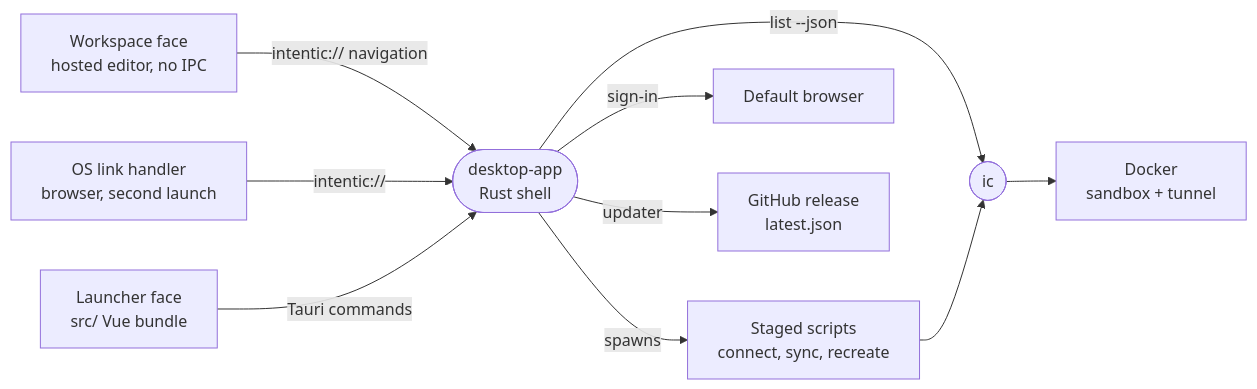
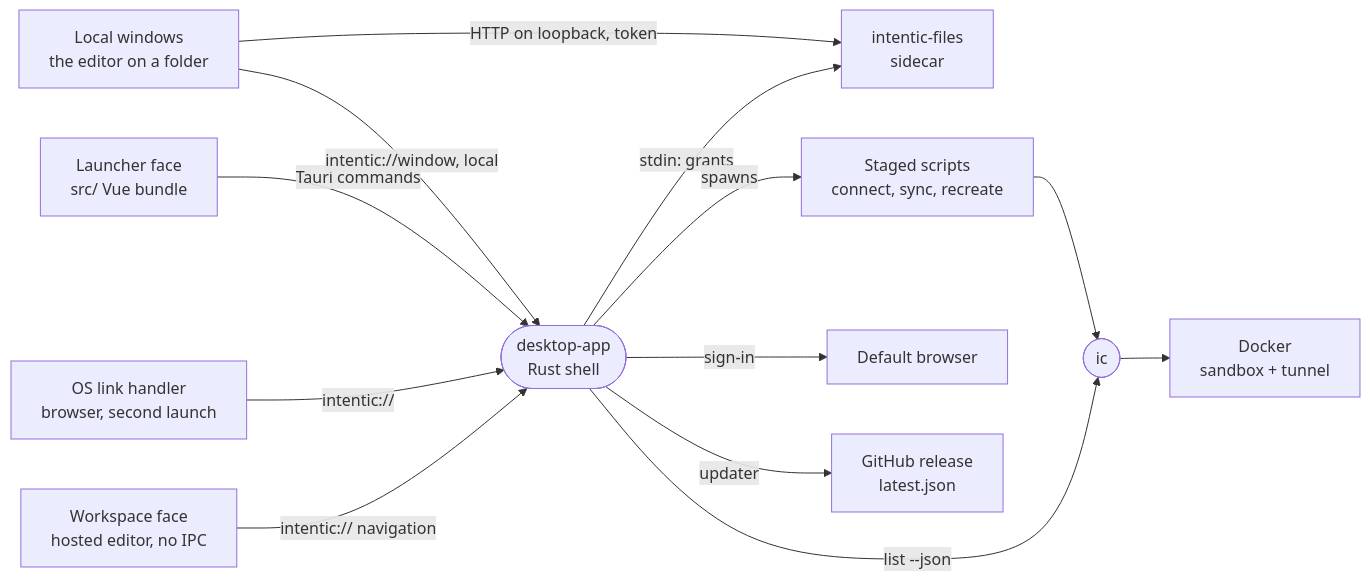
The diagram in _editor/desktop-app/README.md (intentic/intentic), drawn with Mermaid before and after one commit. The commit also changed other lines of this file and 169 other files, not shown here.

First line of the commit message:
feat(desktop): add LocalHome and intentic-files sidecar with projectDir sync

````diff
--- a/_editor/desktop-app/README.md
+++ b/_editor/desktop-app/README.md
@@ -5,12 +5,15 @@
 ```mermaid
 flowchart LR
     spa["Workspace face<br/>hosted editor, no IPC"] -->|"intentic:// navigation"| app(["desktop-app<br/>Rust shell"])
     os["OS link handler<br/>browser, second launch"] -->|"intentic://"| app
     launcher["Launcher face<br/>src/ Vue bundle"] -->|"Tauri commands"| app
+    local["Local windows<br/>the editor on a folder"] -->|"intentic://window, local"| app
+    app -->|"stdin: grants"| files["intentic-files<br/>sidecar"]
+    local -->|"HTTP on loopback, token"| files
     app -->|"spawns"| scripts["Staged scripts<br/>connect, sync, recreate"]
     app -->|"list --json"| ic(["ic"])
     scripts --> ic
     ic --> docker["Docker<br/>sandbox + tunnel"]
     app -->|"sign-in"| browser["Default browser"]
     app -->|"updater"| release["GitHub release<br/>latest.json"]
 ```
````
